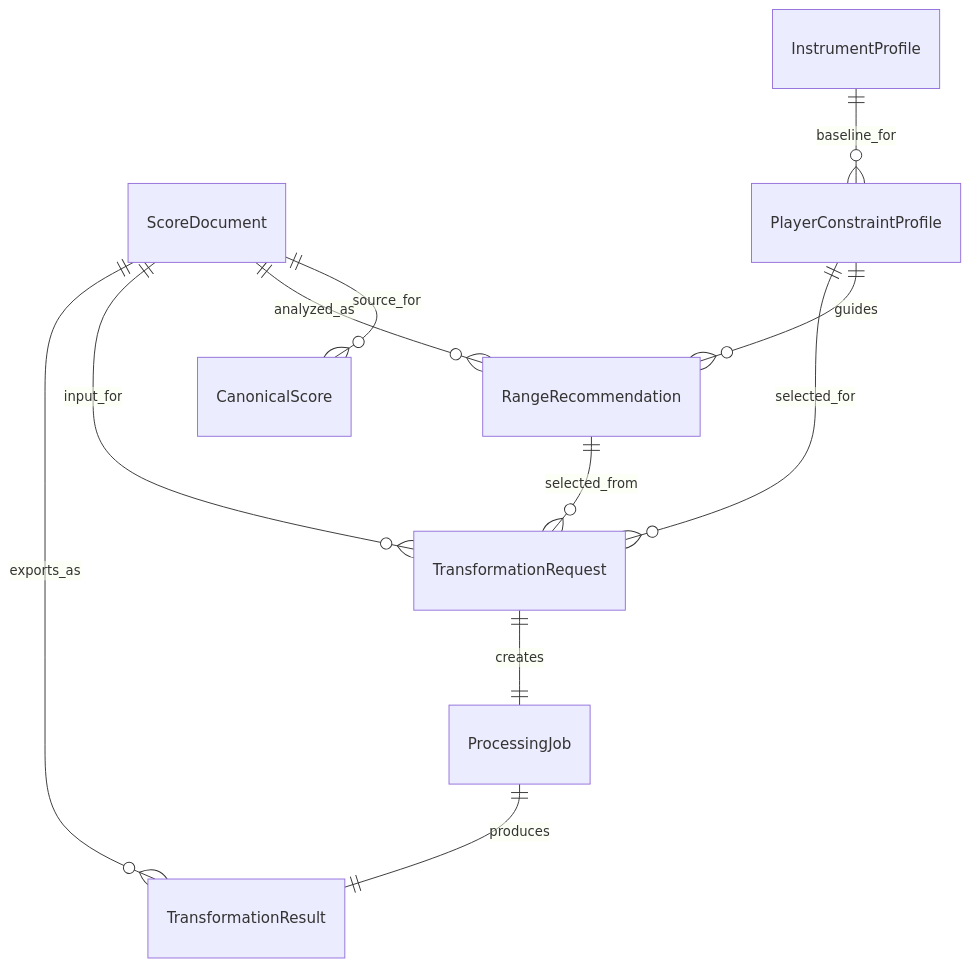
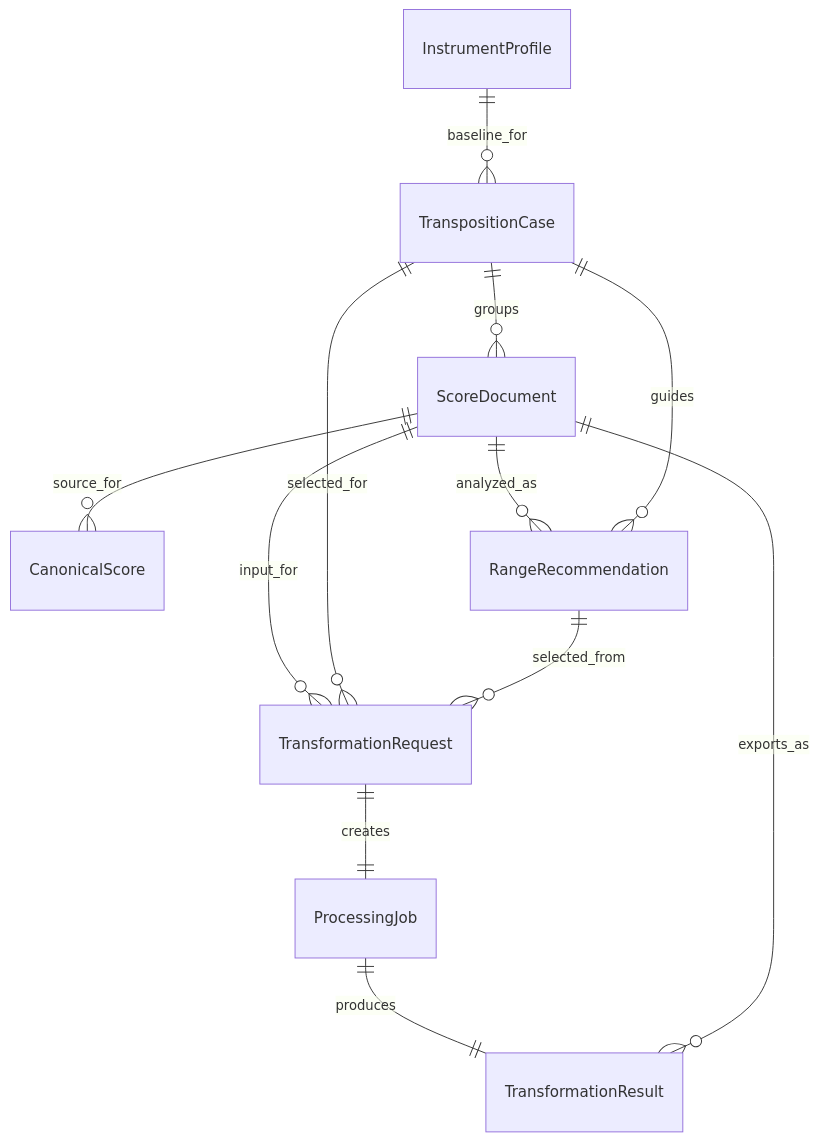
Before and after one commit to AnaKies/music-app: the diagram in docs/architecture/data-model.md, drawn with Mermaid. The commit also changed other lines of this file and 6 other files, not shown here.

Commit message:
docs(architecture): refine transposition system documentation

````diff
--- a/docs/architecture/data-model.md
+++ b/docs/architecture/data-model.md
@@ -193,13 +198,14 @@
 ```mermaid
 erDiagram
     ScoreDocument ||--o{ CanonicalScore : source_for
-    InstrumentProfile ||--o{ PlayerConstraintProfile : baseline_for
+    InstrumentProfile ||--o{ TranspositionCase : baseline_for
     ScoreDocument ||--o{ RangeRecommendation : analyzed_as
-    PlayerConstraintProfile ||--o{ RangeRecommendation : guides
+    TranspositionCase ||--o{ ScoreDocument : groups
+    TranspositionCase ||--o{ RangeRecommendation : guides
     ScoreDocument ||--o{ TransformationRequest : input_for
-    PlayerConstraintProfile ||--o{ TransformationRequest : selected_for
+    TranspositionCase ||--o{ TransformationRequest : selected_for
     RangeRecommendation ||--o{ TransformationRequest : selected_from
     TransformationRequest ||--|| ProcessingJob : creates
     ProcessingJob ||--|| TransformationResult : produces
     TransformationResult }o--|| ScoreDocument : exports_as
 ```
````
